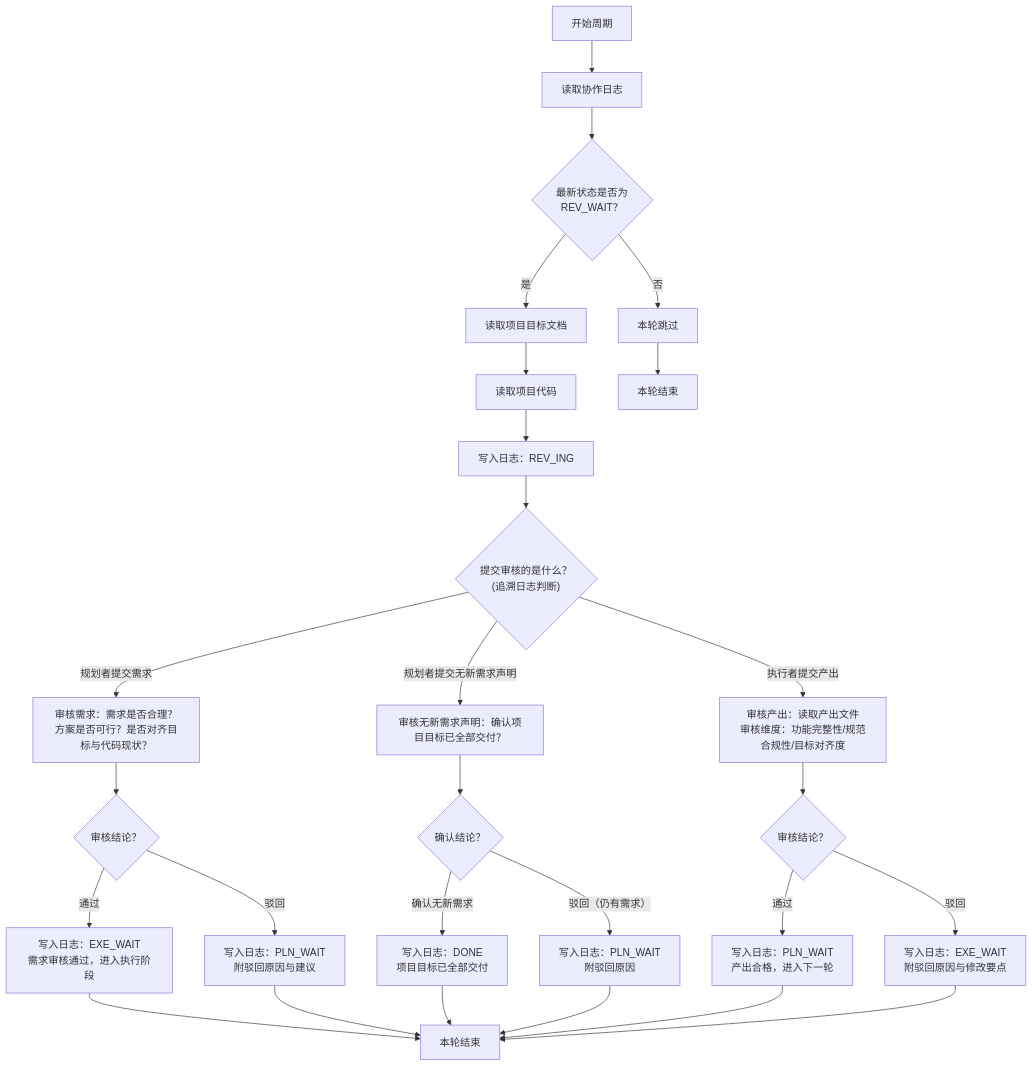
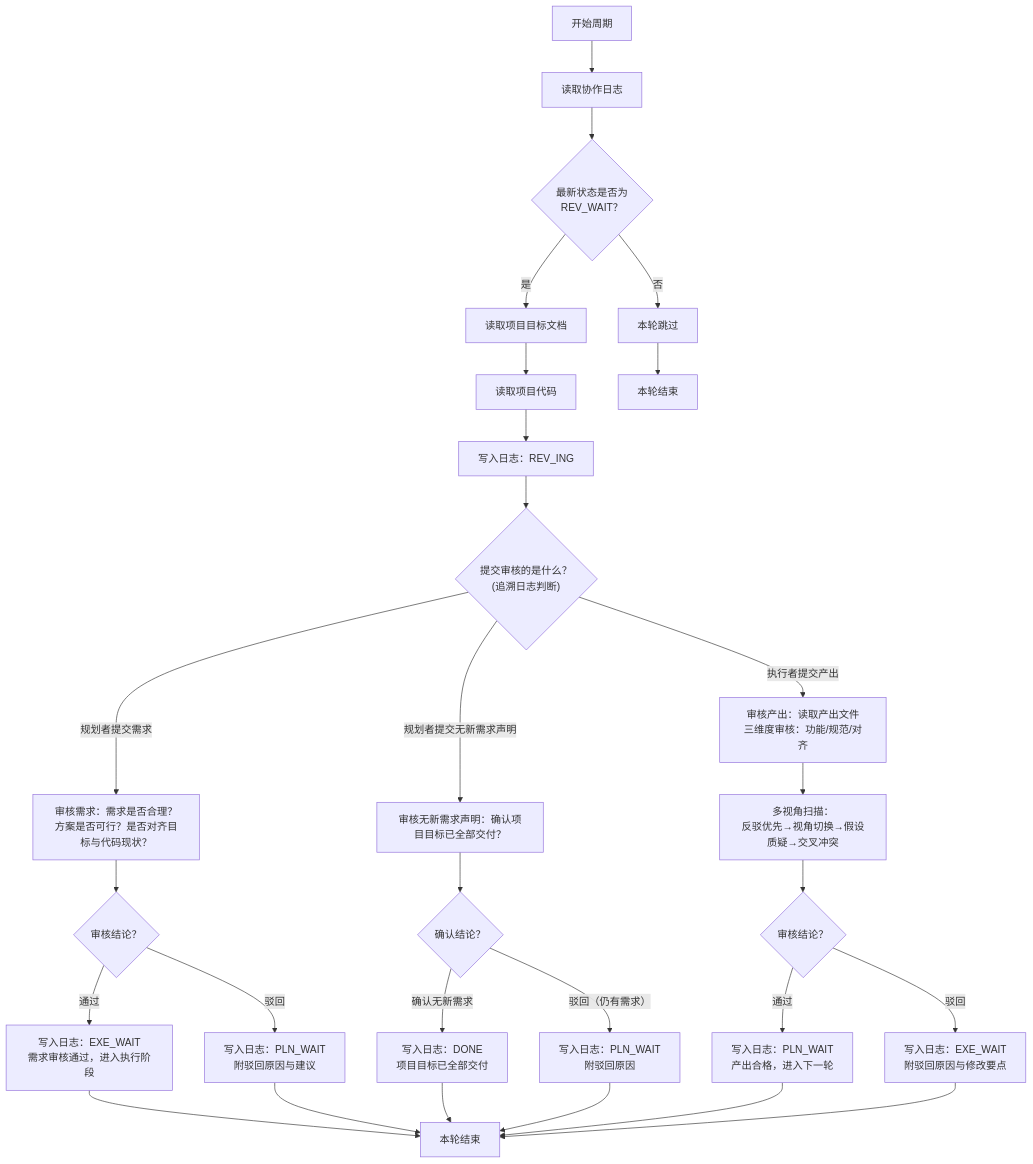
One commit to zhangzhanluo/pre-engineering changed the diagram in references/zh/审核者指导模板.md. Above: the diagram before and after it, drawn with Mermaid. The commit also changed other lines of this file and 9 other files, not shown here.

````diff
--- a/references/zh/审核者指导模板.md
+++ b/references/zh/审核者指导模板.md
@@ -43,29 +43,30 @@
 ```mermaid
 flowchart TD
     Start["开始周期"] --> ReadLog["读取协作日志"]
     ReadLog --> Check{"最新状态是否为<br/>REV_WAIT？"}
     Check -->|否| Idle["本轮跳过"]
     Check -->|是| ReadGoal["读取项目目标文档"]
     ReadGoal --> ReadCode["读取项目代码"]
     ReadCode --> Begin["写入日志：REV_ING"]
     Begin --> CheckWhat{"提交审核的是什么？<br/>(追溯日志判断)"}
     CheckWhat -->|规划者提交需求| ReqReview["审核需求：需求是否合理？<br/>方案是否可行？是否对齐目标与代码现状？"]
     CheckWhat -->|规划者提交无新需求声明| NoMoreReview["审核无新需求声明：确认项目目标已全部交付？"]
-    CheckWhat -->|执行者提交产出| OutReview["审核产出：读取产出文件<br/>审核维度：功能完整性/规范合规性/目标对齐度"]
+    CheckWhat -->|执行者提交产出| OutReview["审核产出：读取产出文件<br/>三维度审核：功能/规范/对齐"]
     ReqReview --> ReqResult{"审核结论？"}
     ReqResult -->|通过| ReqPass["写入日志：EXE_WAIT<br/>需求审核通过，进入执行阶段"]
     ReqResult -->|驳回| ReqReject["写入日志：PLN_WAIT<br/>附驳回原因与建议"]
     NoMoreReview --> NoMoreResult{"确认结论？"}
     NoMoreResult -->|确认无新需求| ProjectDone["写入日志：DONE<br/>项目目标已全部交付"]
     NoMoreResult -->|驳回（仍有需求）| NoMoreReject["写入日志：PLN_WAIT<br/>附驳回原因"]
-    OutReview --> OutResult{"审核结论？"}
+    OutReview --> MultiScan["多视角扫描：<br/>反驳优先→视角切换→假设质疑→交叉冲突"]
+    MultiScan --> OutResult{"审核结论？"}
     OutResult -->|通过| NextRound["写入日志：PLN_WAIT<br/>产出合格，进入下一轮"]
     OutResult -->|驳回| OutReject["写入日志：EXE_WAIT<br/>附驳回原因与修改要点"]
     ReqPass --> End["本轮结束"]
     ReqReject --> End
     ProjectDone --> End
     NoMoreReject --> End
     NextRound --> End
     OutReject --> End
     Idle --> End2["本轮结束"]
 ```
````
